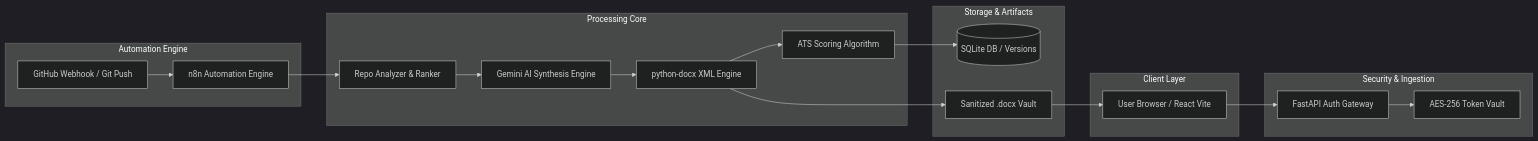
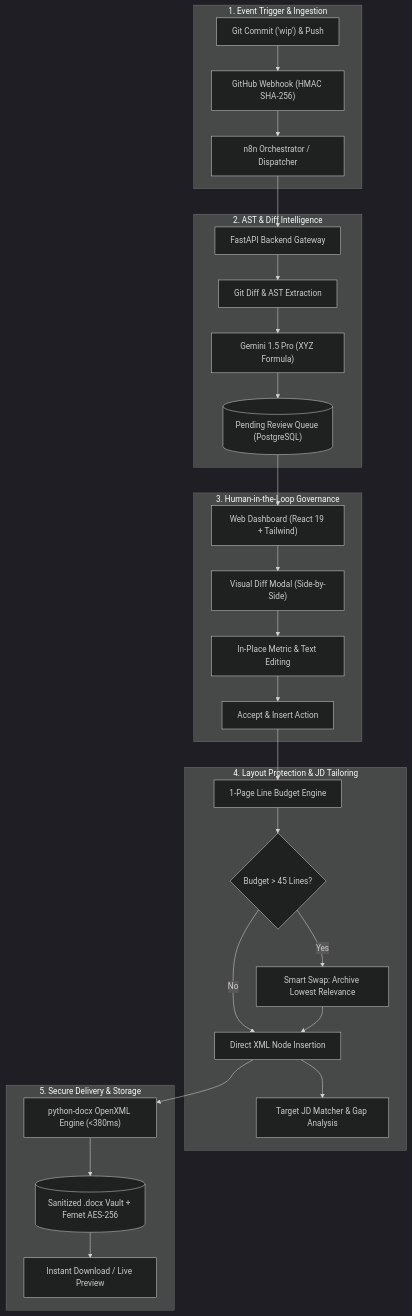
The diagram in docs/PRESENTATION_SLIDES.md (yjaveria3-netizen/Resume-Automation), drawn with Mermaid (dark theme) before and after one commit. The commit also changed other lines of this file and 15 other files, not shown here.

````diff
--- a/docs/PRESENTATION_SLIDES.md
+++ b/docs/PRESENTATION_SLIDES.md
@@ -47,39 +36,36 @@
 ```mermaid
-flowchart LR
-    subgraph Client ["Client Layer"]
-        A[User Browser / React Vite]
+flowchart TD
+    subgraph Ingestion ["1. Event Trigger & Ingestion"]
+        A["Git Commit ('wip') & Push"] --> B["GitHub Webhook (HMAC SHA-256)"]
+        B --> C["n8n Orchestrator / Dispatcher"]
     end
 
-    subgraph Auth ["Security & Ingestion"]
-        B[FastAPI Auth Gateway]
-        C[AES-256 Token Vault]
+    subgraph Intelligence ["2. AST & Diff Intelligence"]
+        C --> D["FastAPI Backend Gateway"]
+        D --> E["Git Diff & AST Extraction"]
+        E --> F["Gemini 1.5 Pro (XYZ Formula)"]
+        F --> G[("Pending Review Queue (PostgreSQL)")]
     end
 
-    subgraph Automation ["Automation Engine"]
-        D[GitHub Webhook / Git Push]
-        E[n8n Automation Engine]
+    subgraph Governance ["3. Human-in-the-Loop Governance"]
+        G --> H["Web Dashboard (React 19 + Tailwind)"]
+        H --> I["Visual Diff Modal (Side-by-Side)"]
+        I --> J["In-Place Metric & Text Editing"]
+        J --> K["Accept & Insert Action"]
     end
 
-    subgraph Core ["Processing Core"]
-        F[Repo Analyzer & Ranker]
-        G[Gemini AI Synthesis Engine]
-        H[python-docx XML Engine]
-        I[ATS Scoring Algorithm]
+    subgraph Layout ["4. Layout Protection & JD Tailoring"]
+        K --> L["1-Page Line Budget Engine"]
+        L --> M{"Budget > 45 Lines?"}
+        M -- Yes --> N["Smart Swap: Archive Lowest Relevance"]
+        M -- No --> O["Direct XML Node Insertion"]
+        N --> O
+        O --> P["Target JD Matcher & Gap Analysis"]
     end
 
-    subgraph Storage ["Storage & Artifacts"]
-        J[(SQLite DB / Versions)]
-        K[Sanitized .docx Vault]
+    subgraph Delivery ["5. Secure Delivery & Storage"]
+        O --> Q["python-docx OpenXML Engine (<380ms)"]
+        Q --> R[("Sanitized .docx Vault + Fernet AES-256")]
+        R --> S["Instant Download / Live Preview"]
     end
-
-    A --> B
-    B --> C
-    D --> E
-    E --> F
-    F --> G
-    G --> H
-    H --> I
-    I --> J
-    H --> K
-    K --> A
 ```
````
